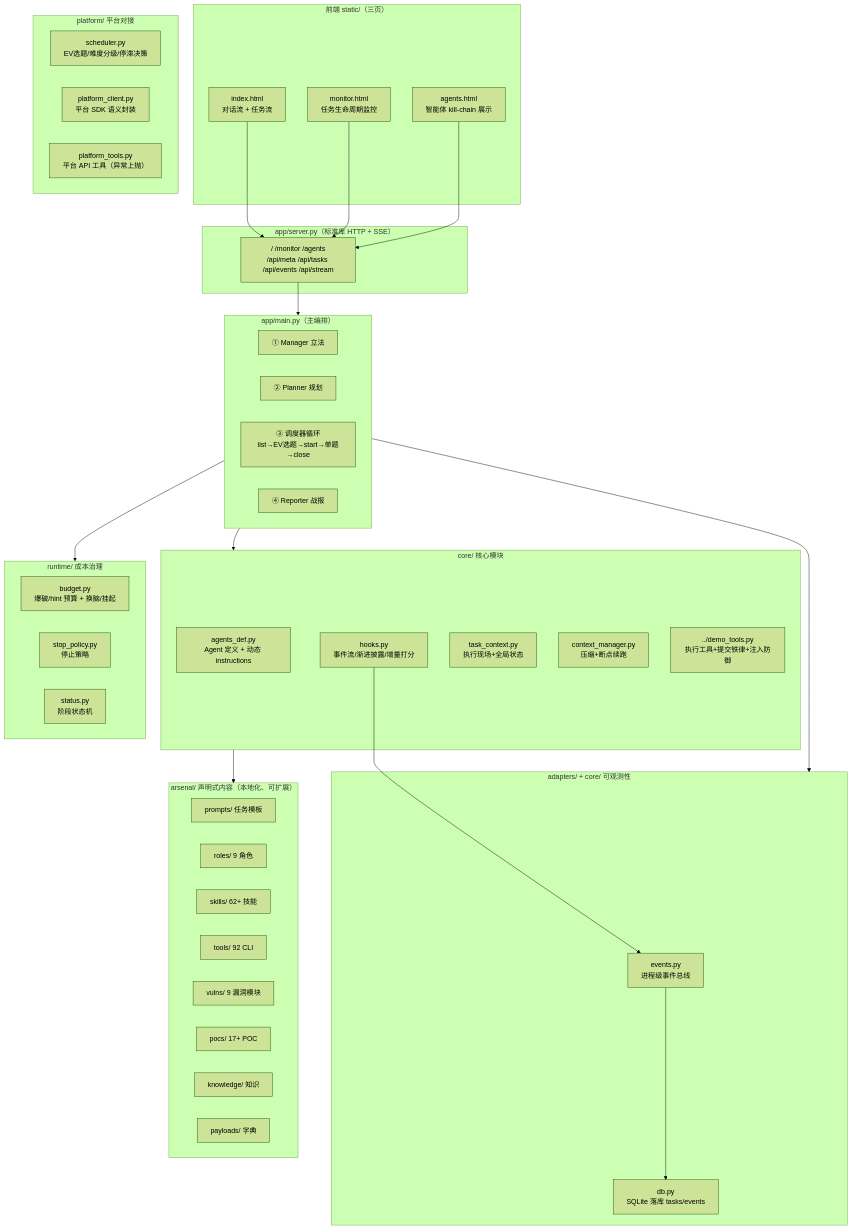
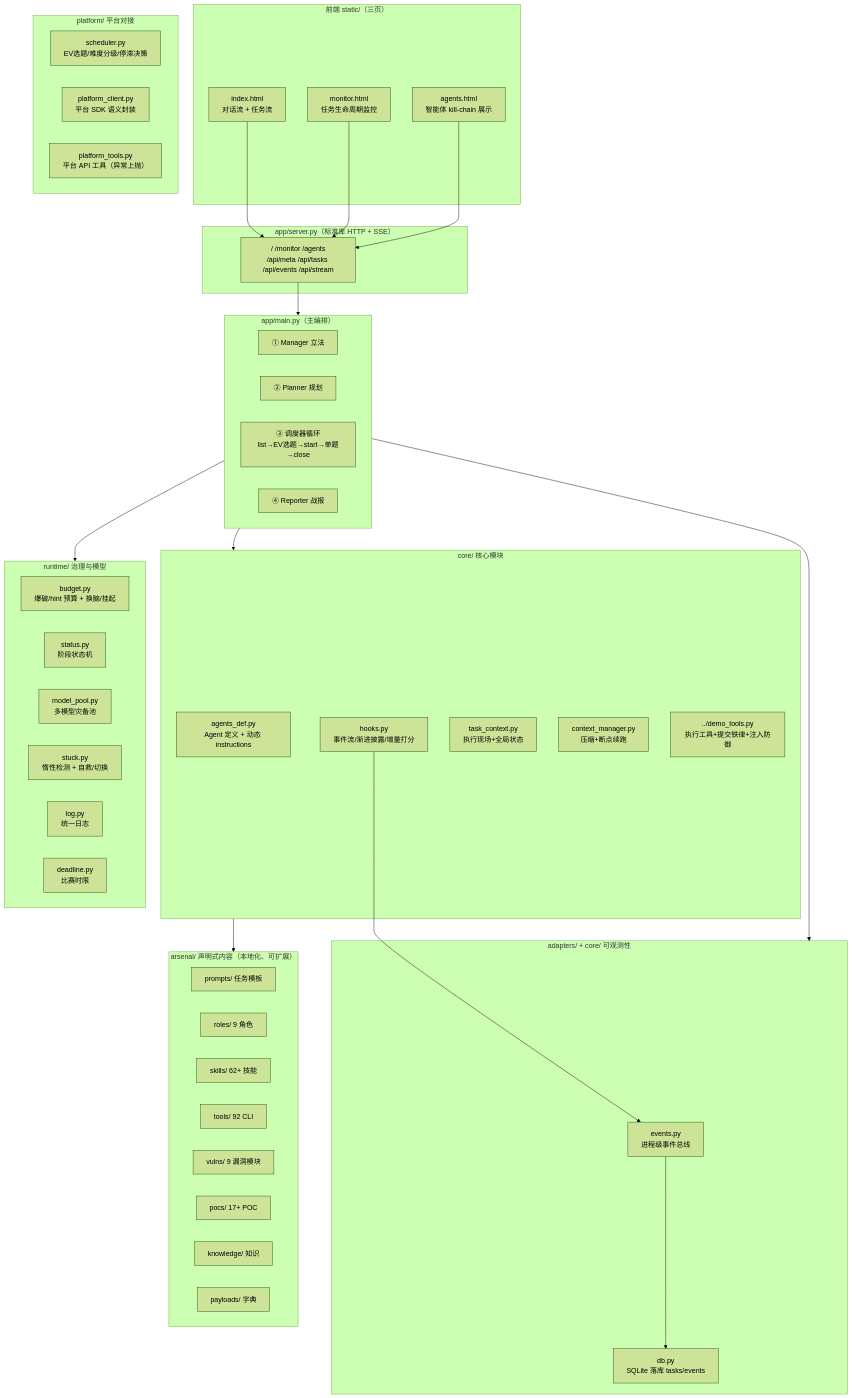
The first of 4 diagrams in README.md (honysyang/secai), drawn with Mermaid (forest theme) before and after one commit. The commit also changed other lines of this file and 3 other files, not shown here.

````diff
--- a/README.md
+++ b/README.md
@@ -47,63 +50,66 @@
 ```mermaid
 flowchart TB
     subgraph Frontend["前端 static/（三页）"]
         FE1["index.html<br/>对话流 + 任务流"]
         FE2["monitor.html<br/>任务生命周期监控"]
         FE3["agents.html<br/>智能体 kill-chain 展示"]
     end
 
     subgraph Server["app/server.py（标准库 HTTP + SSE）"]
         SRV["/ /monitor /agents<br/>/api/meta /api/tasks /api/events /api/stream"]
     end
 
     subgraph Orchestrator["app/main.py（主编排）"]
         MGR["① Manager 立法"]
         PLN["② Planner 规划"]
         SCH["③ 调度器循环<br/>list→EV选题→start→单题→close"]
         RPT["④ Reporter 战报"]
     end
 
     subgraph Core["core/ 核心模块"]
         AGENT["agents_def.py<br/>Agent 定义 + 动态 instructions"]
         HOOKS["hooks.py<br/>事件流/渐进披露/增量打分"]
         CTX["task_context.py<br/>执行现场+全局状态"]
         CTXM["context_manager.py<br/>压缩+断点续跑"]
         TOOLS["../demo_tools.py<br/>执行工具+提交铁律+注入防御"]
     end
 
     subgraph Platform["platform/ 平台对接"]
         SCHED["scheduler.py<br/>EV选题/难度分级/停滞决策"]
         PCLI["platform_client.py<br/>平台 SDK 语义封装"]
         PTOOLS["platform_tools.py<br/>平台 API 工具（异常上抛）"]
     end
 
     subgraph Observability["adapters/ + core/ 可观测性"]
         BUS["events.py<br/>进程级事件总线"]
         DB["db.py<br/>SQLite 落库 tasks/events"]
     end
 
-    subgraph Budget["runtime/ 成本治理"]
+    subgraph Runtime["runtime/ 治理与模型"]
         BGT["budget.py<br/>爆破/hint 预算 + 换脑/挂起"]
-        STP["stop_policy.py<br/>停止策略"]
         STA["status.py<br/>阶段状态机"]
+        MPL["model_pool.py<br/>多模型灾备池"]
+        STK["stuck.py<br/>惰性检测 + 自救/切换"]
+        LOG["log.py<br/>统一日志"]
+        DDL["deadline.py<br/>比赛时限"]
     end
 
     subgraph Declarative["arsenal/ 声明式内容（本地化、可扩展）"]
         PROMPTS["prompts/ 任务模板"]
         ROLES["roles/ 9 角色"]
         SKILLS["skills/ 62+ 技能"]
         CLITOOLS["tools/ 92 CLI"]
         VULNS["vulns/ 9 漏洞模块"]
         POCS["pocs/ 17+ POC"]
         KNOW["knowledge/ 知识"]
         PAYL["payloads/ 字典"]
     end
 
     FE1 & FE2 & FE3 --> SRV
     SRV --> Orchestrator
     Orchestrator --> Core
-    Orchestrator --> Budget
+    Orchestrator --> Runtime
     Orchestrator --> Observability
     Core --> Declarative
     HOOKS --> BUS --> DB
 ```
````
